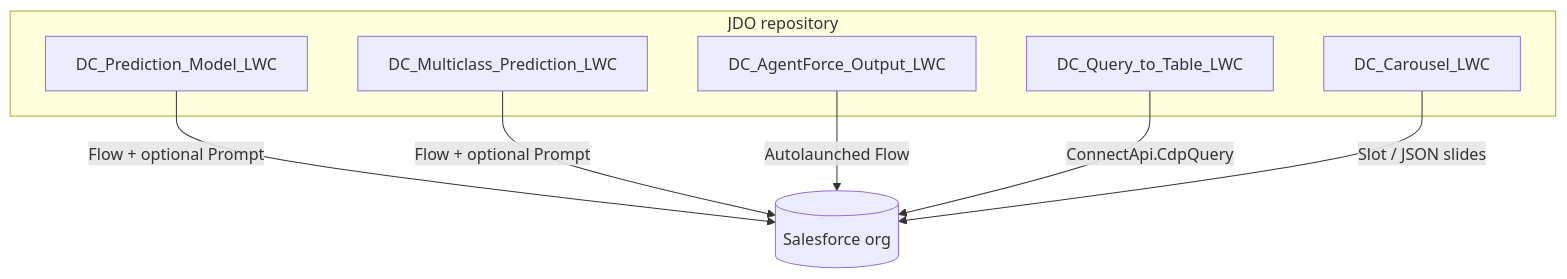
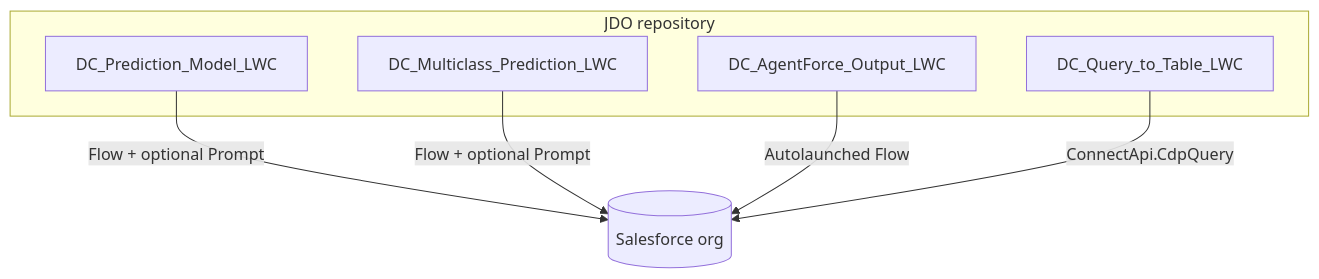
One commit to josers18/JDO changed the diagram in docs/MONOREPO_OVERVIEW.md. Above: the diagram before and after it, drawn with Mermaid. The commit also changed other lines of this file and 14 other files, not shown here.

First line of the commit message:
chore: remove DC_Carousel_LWC and monorepo references

````diff
--- a/docs/MONOREPO_OVERVIEW.md
+++ b/docs/MONOREPO_OVERVIEW.md
@@ -7,15 +7,13 @@
 ```mermaid
 flowchart TB
     subgraph repo [JDO repository]
         P[DC_Prediction_Model_LWC]
         M[DC_Multiclass_Prediction_LWC]
         A[DC_AgentForce_Output_LWC]
         Q[DC_Query_to_Table_LWC]
-        C[DC_Carousel_LWC]
     end
     P --> |Flow + optional Prompt| SF[(Salesforce org)]
     M --> |Flow + optional Prompt| SF
     A --> |Autolaunched Flow| SF
     Q --> |ConnectApi.CdpQuery| SF
-    C --> |Slot / JSON slides| SF
 ```
````
